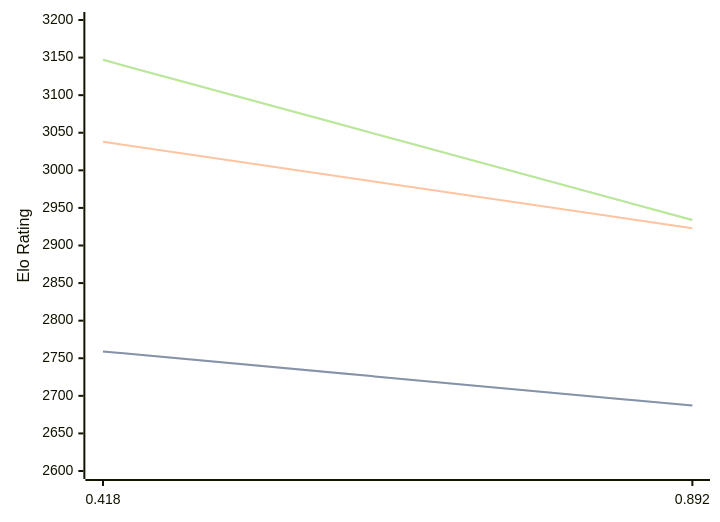
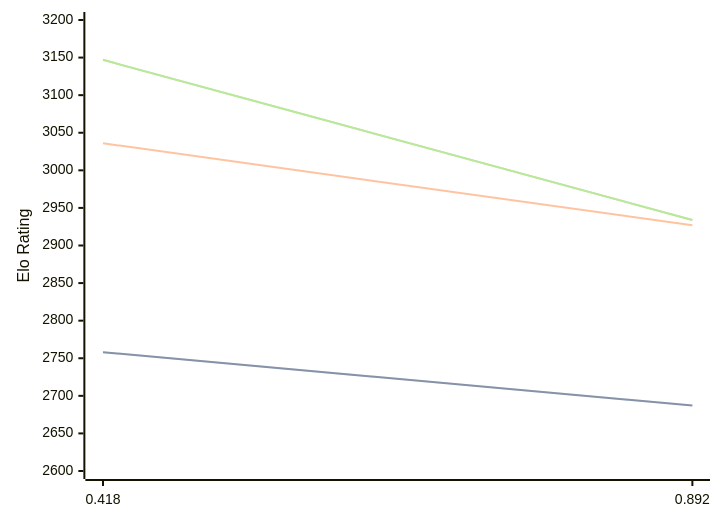
The diagram in engines/Malika.md (computer-chess-index/cci), drawn with Mermaid before and after one commit. The commit also changed other lines of this file, not shown here.

Commit message:
Update CCI Ratings (ELO VLTC) - 2026-03-04

````diff
--- a/engines/Malika.md
+++ b/engines/Malika.md
@@ -30,11 +30,11 @@
 ```mermaid
 %%{init: {"theme":"base","themeVariables":{"seriesColors:['#a3a3a3','#222221','#faa371']}}}%%
 xychart-beta
   x-axis ["0.418", "0.892"]
   y-axis "Elo Rating" 2600 --> 3200
-  line "STC (8.0+0.08s)" [2759, 2687]
-  line "STC (8.0+0.08s)" [2759, 2687]
-  line "LTC (60.0+0.60s)" [3038, 2923]
+  line "STC (8.0+0.08s)" [2758, 2687]
+  line "STC (8.0+0.08s)" [2758, 2687]
+  line "LTC (60.0+0.60s)" [3036, 2927]
   line "VLTC (2m24s+1.12s)" [3147, 2934]
   line "VLTC (2m24s+1.12s)" [3147, 2934]
 ```
````
